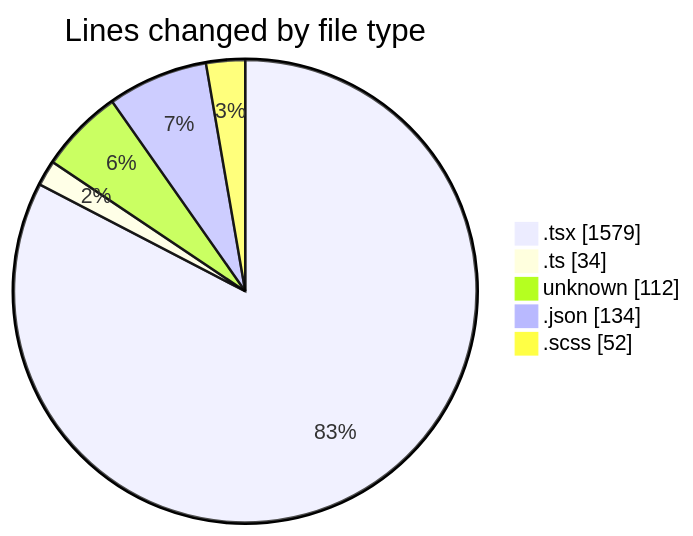
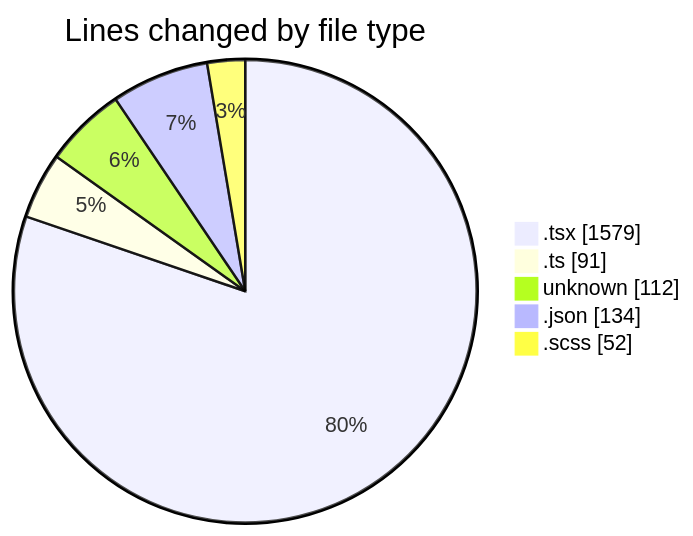
The first of 2 diagrams in 2026-04-28/cda/README.md (momahboobian/code-tracking), drawn with Mermaid before and after one commit. The commit also changed other lines of this file and 1 other file, not shown here.

````diff
--- a/2026-04-28/cda/README.md
+++ b/2026-04-28/cda/README.md
@@ -35,9 +36,9 @@
 ```mermaid
 pie showData
 title Lines changed by file type
 ".tsx" : 1579
-".ts" : 34
+".ts" : 91
 "unknown" : 112
 ".json" : 134
 ".scss" : 52
 ```
````
